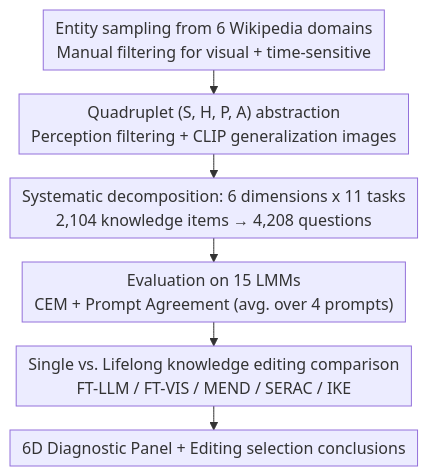
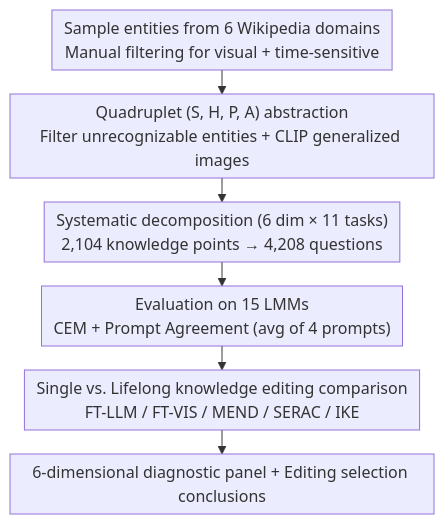
Before and after one commit to zhaoyang97/Paper-Notes-en: the diagram in docs/ACL2026/interpretability/mined_probing_and_updating_with_multimodal_time-sensitive_knowledge_for_large_mu.md, drawn with Mermaid. The commit also changed other lines of this file and 5084 other files, not shown here.

````diff
--- a/docs/ACL2026/interpretability/mined_probing_and_updating_with_multimodal_time-sensitive_knowledge_for_large_mu.md
+++ b/docs/ACL2026/interpretability/mined_probing_and_updating_with_multimodal_time-sensitive_knowledge_for_large_mu.md
@@ -47,9 +47,11 @@
 ```mermaid
 %%{init: {'flowchart': {'rankSpacing': 24, 'nodeSpacing': 28, 'padding': 6, 'wrappingWidth': 400}}}%%
 flowchart TD
-    A["Entity sampling from 6 Wikipedia domains<br/>Manual filtering for visual + time-sensitive"] --> B["Quadruplet (S, H, P, A) abstraction<br/>Perception filtering + CLIP generalization images"]
-    B --> C["Systematic decomposition: 6 dimensions x 11 tasks<br/>2,104 knowledge items → 4,208 questions"]
-    C --> D["Evaluation on 15 LMMs<br/>CEM + Prompt Agreement (avg. over 4 prompts)"]
-    D --> E["Single vs. Lifelong knowledge editing comparison<br/>FT-LLM / FT-VIS / MEND / SERAC / IKE"]
-    E --> F["6D Diagnostic Panel + Editing selection conclusions"]
+    A["Sample entities from 6 Wikipedia domains<br/>Manual filtering for visual + time-sensitive"] --> B["Quadruplet (S, H, P, A) abstraction<br/>Filter unrecognizable entities + CLIP generalized images"]
+    B --> C["Systematic decomposition (6 dim × 11 tasks)<br/>2,104 knowledge points → 4,208 questions"]
+    D["Evaluation on 15 LMMs<br/>CEM + Prompt Agreement (avg of 4 prompts)"]
+    C --> D
+    E["Single vs. Lifelong knowledge editing comparison<br/>FT-LLM / FT-VIS / MEND / SERAC / IKE"]
+    D --> E
+    E --> F["6-dimensional diagnostic panel + Editing selection conclusions"]
 ```
````
